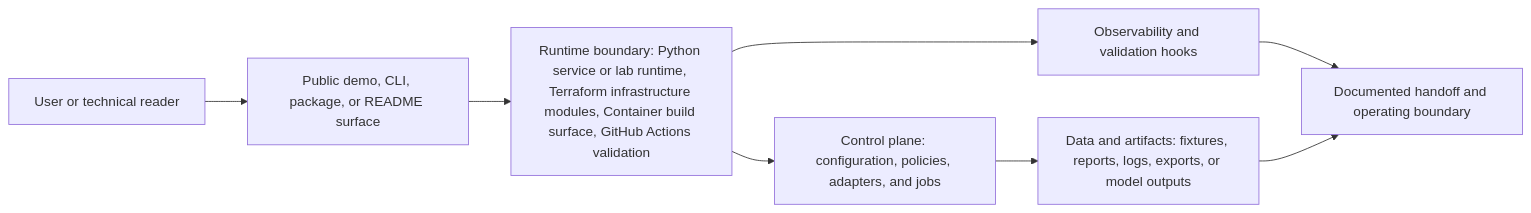
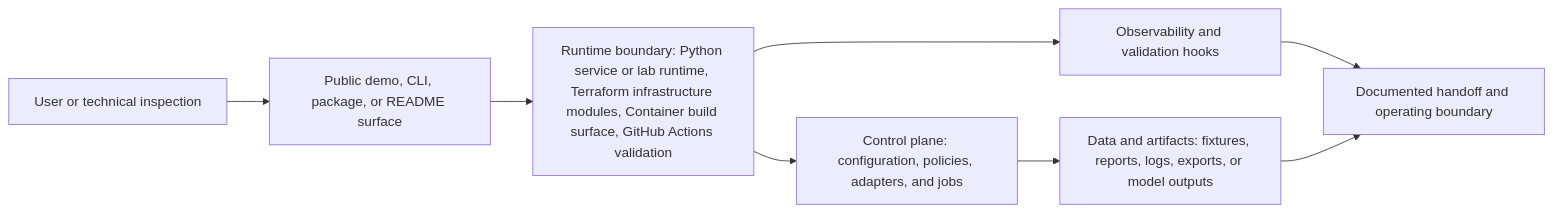
The diagram in docs/system-architecture.md (KIM3310/fab-ops-yield-control-tower), drawn with Mermaid before and after one commit. The commit also changed 23 other files, not shown here.

Commit message:
Polish architecture-centered repository surfaces

````diff
--- a/docs/system-architecture.md
+++ b/docs/system-architecture.md
@@ -18,10 +18,10 @@
 ```mermaid
 flowchart LR
-    User["User or technical reader"] --> Surface["Public demo, CLI, package, or README surface"]
+    User["User or technical inspection"] --> Surface["Public demo, CLI, package, or README surface"]
     Surface --> Runtime["Runtime boundary: Python service or lab runtime, Terraform infrastructure modules, Container build surface, GitHub Actions validation"]
     Runtime --> Control["Control plane: configuration, policies, adapters, and jobs"]
     Control --> Data["Data and artifacts: fixtures, reports, logs, exports, or model outputs"]
     Runtime --> Observability["Observability and validation hooks"]
     Observability --> Handoff["Documented handoff and operating boundary"]
     Data --> Handoff
 ```
````
